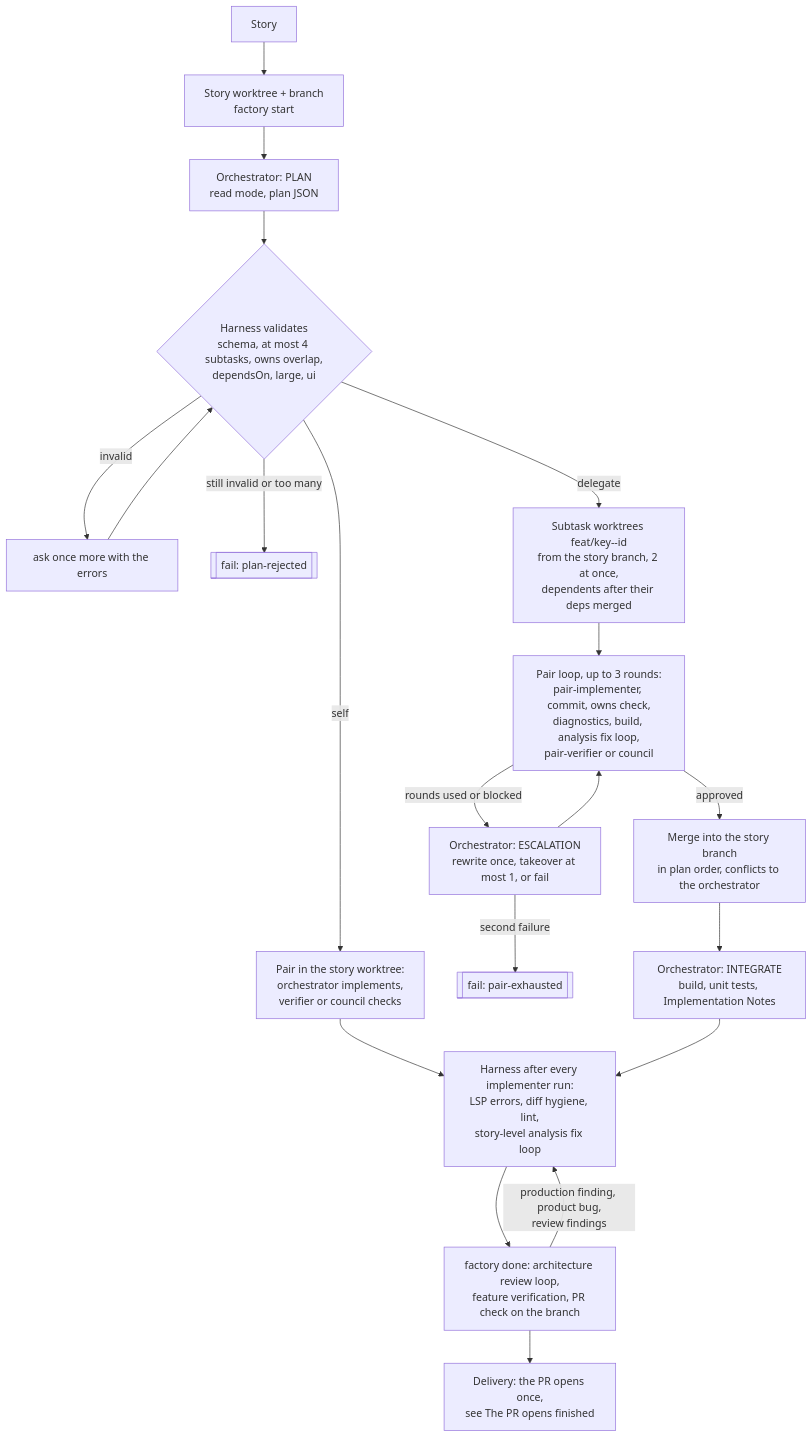
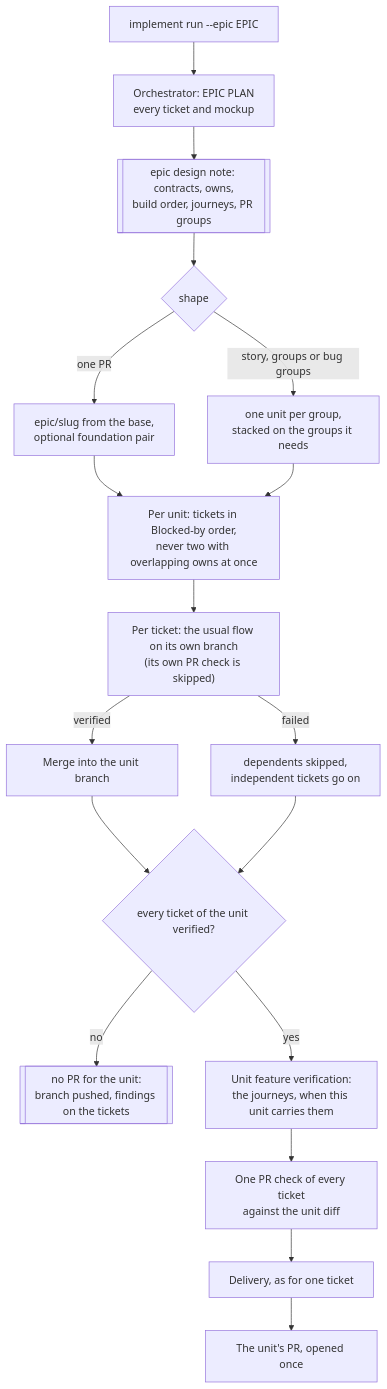
One commit to armandodollia-slalom/ai-app-factory-public changed the second of 2 diagrams in docs/ai-pipeline/implement.md. Above: the diagram before and after it, drawn with Mermaid. The commit also changed other lines of this file and 96 other files, not shown here.

````diff
--- a/docs/ai-pipeline/implement.md
+++ b/docs/ai-pipeline/implement.md
@@ -103,21 +240,20 @@
 ```mermaid
 flowchart TD
-  S["Story"] --> W["Story worktree + branch<br/>factory start"]
-  W --> P["Orchestrator: PLAN<br/>read mode, plan JSON"]
-  P --> V{"Harness validates<br/>schema, at most 4 subtasks, owns overlap,<br/>dependsOn, large, ui"}
-  V -->|"invalid"| P2["ask once more with the errors"] --> V
-  V -->|"still invalid or too many"| F[["fail: plan-rejected"]]
-  V -->|"self"| SP["Pair in the story worktree:<br/>orchestrator implements,<br/>verifier or council checks"]
-  V -->|"delegate"| D["Subtask worktrees feat/key--id<br/>from the story branch, 2 at once,<br/>dependents after their deps merged"]
-  D --> PR["Pair loop, up to 3 rounds:<br/>pair-implementer, commit, owns check,<br/>diagnostics, build, analysis fix loop,<br/>pair-verifier or council"]
-  PR -->|"approved"| M["Merge into the story branch<br/>in plan order, conflicts to the orchestrator"]
-  PR -->|"rounds used or blocked"| E["Orchestrator: ESCALATION<br/>rewrite once, takeover at most 1, or fail"]
-  E --> PR
-  E -->|"second failure"| F2[["fail: pair-exhausted"]]
-  M --> I["Orchestrator: INTEGRATE<br/>build, unit tests, Implementation Notes"]
-  SP --> H
-  I --> H["Harness after every implementer run:<br/>LSP errors, diff hygiene, lint,<br/>story-level analysis fix loop"]
-  H --> R["factory done: architecture review loop,<br/>feature verification, PR check on the branch"]
-  R -->|"production finding, product bug,<br/>review findings"| H
-  R --> DL["Delivery: the PR opens once,<br/>see The PR opens finished"]
+  E["implement run --epic EPIC"] --> P["Orchestrator: EPIC PLAN<br/>every ticket and mockup"]
+  P --> N[["epic design note: contracts, owns,<br/>build order, journeys, PR groups"]]
+  N --> SH{"shape"}
+  SH -->|"one PR"| W["epic/slug from the base,<br/>optional foundation pair"]
+  SH -->|"story, groups or bug groups"| G["one unit per group,<br/>stacked on the groups it needs"]
+  W --> S["Per unit: tickets in Blocked-by order,<br/>never two with overlapping owns at once"]
+  G --> S
+  S --> ST["Per ticket: the usual flow on its own branch<br/>(its own PR check is skipped)"]
+  ST -->|"verified"| M["Merge into the unit branch"]
+  ST -->|"failed"| X["dependents skipped,<br/>independent tickets go on"]
+  M --> Q{"every ticket of the unit verified?"}
+  X --> Q
+  Q -->|"no"| FL[["no PR for the unit:<br/>branch pushed, findings on the tickets"]]
+  Q -->|"yes"| EQ["Unit feature verification:<br/>the journeys, when this unit carries them"]
+  EQ --> PC["One PR check of every ticket<br/>against the unit diff"]
+  PC --> DL["Delivery, as for one ticket"]
+  DL --> PR["The unit's PR, opened once"]
 ```
````
